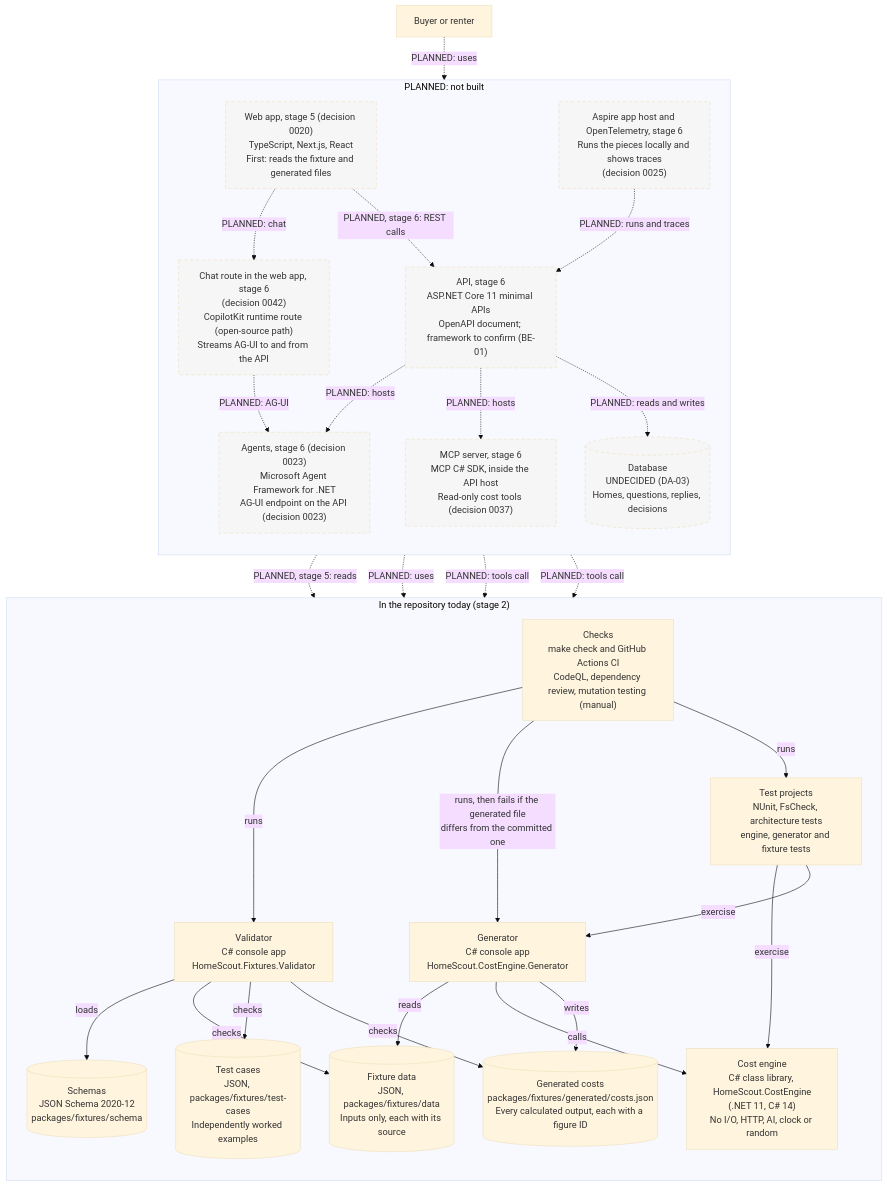
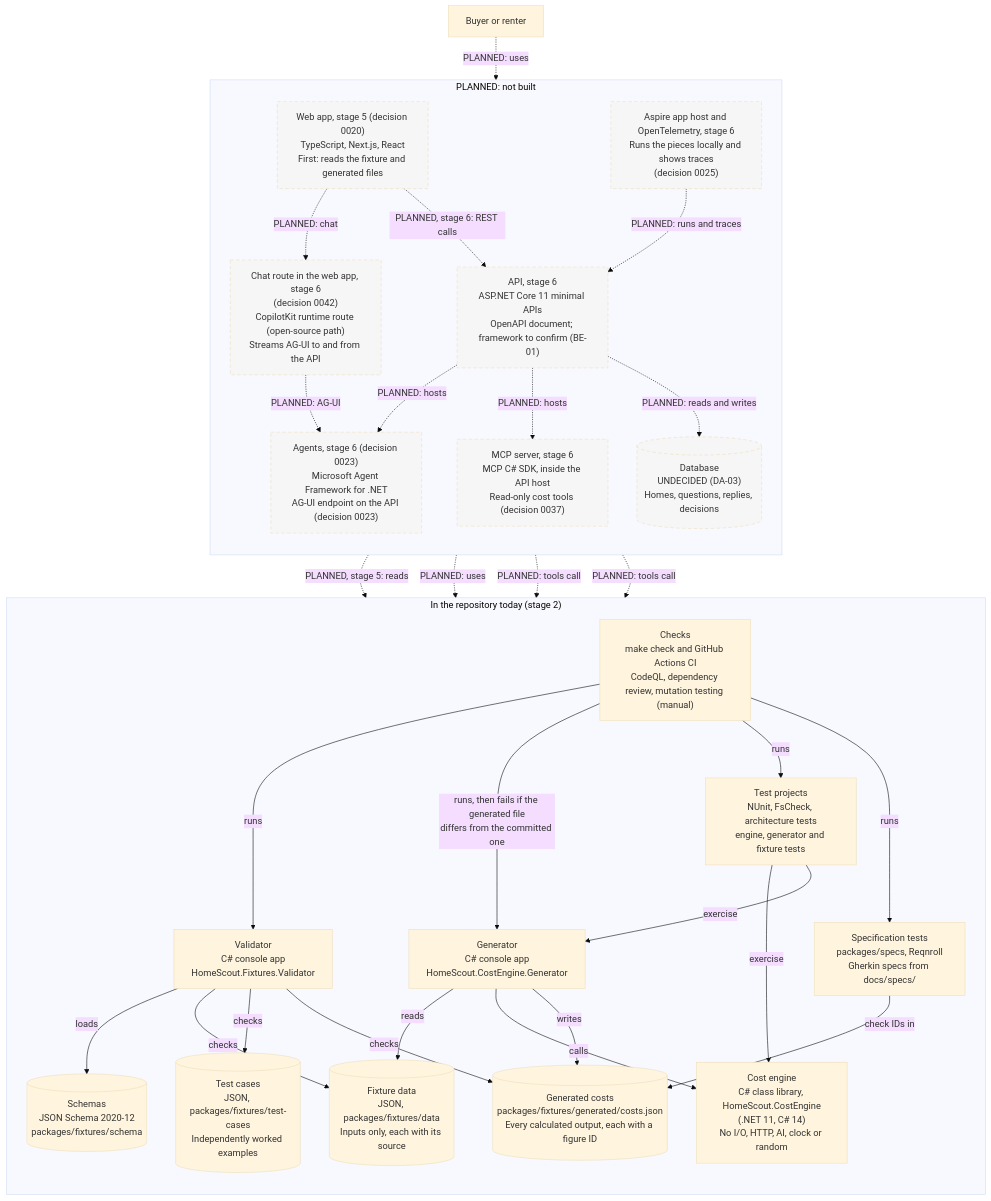
The second of 2 diagrams in docs/architecture/README.md (olaheavy-dev/homescout-platform), drawn with Mermaid (base theme) before and after one commit. The commit also changed other lines of this file and 16 other files, not shown here.

First line of the commit message:
chore: run the Gherkin specs with Reqnroll; data steps check every cited ID (closes #121) (#144)

````diff
--- a/docs/architecture/README.md
+++ b/docs/architecture/README.md
@@ -47,57 +47,60 @@
 ```mermaid
 flowchart TB
     user["Buyer or renter"]
 
     subgraph today["In the repository today (stage 2)"]
         direction TB
         data[("Fixture data<br/>JSON, packages/fixtures/data<br/>Inputs only, each with its source")]
         schema[("Schemas<br/>JSON Schema 2020-12<br/>packages/fixtures/schema")]
         cases[("Test cases<br/>JSON, packages/fixtures/test-cases<br/>Independently worked examples")]
         engine["Cost engine<br/>C# class library, HomeScout.CostEngine<br/>(.NET 11, C# 14)<br/>No I/O, HTTP, AI, clock or random"]
         generator["Generator<br/>C# console app<br/>HomeScout.CostEngine.Generator"]
         generated[("Generated costs<br/>packages/fixtures/generated/costs.json<br/>Every calculated output, each with a figure ID")]
         validator["Validator<br/>C# console app<br/>HomeScout.Fixtures.Validator"]
         tests["Test projects<br/>NUnit, FsCheck, architecture tests<br/>engine, generator and fixture tests"]
+        specs["Specification tests<br/>packages/specs, Reqnroll<br/>Gherkin specs from docs/specs/"]
         ci["Checks<br/>make check and GitHub Actions CI<br/>CodeQL, dependency review, mutation testing (manual)"]
     end
 
     subgraph later["PLANNED: not built"]
         direction TB
         web["Web app, stage 5 (decision 0020)<br/>TypeScript, Next.js, React<br/>First: reads the fixture and generated files"]
         api["API, stage 6<br/>ASP.NET Core 11 minimal APIs<br/>OpenAPI document; framework to confirm (BE-01)"]
         mcp["MCP server, stage 6<br/>MCP C# SDK, inside the API host<br/>Read-only cost tools (decision 0037)"]
         agents["Agents, stage 6 (decision 0023)<br/>Microsoft Agent Framework for .NET<br/>AG-UI endpoint on the API (decision 0023)"]
         copilot["Chat route in the web app, stage 6<br/>(decision 0042)<br/>CopilotKit runtime route (open-source path)<br/>Streams AG-UI to and from the API"]
         aspire["Aspire app host and OpenTelemetry, stage 6<br/>Runs the pieces locally and shows traces<br/>(decision 0025)"]
         db[("Database<br/>UNDECIDED (DA-03)<br/>Homes, questions, replies, decisions")]
     end
 
     generator -->|reads| data
     generator -->|calls| engine
     generator -->|writes| generated
     validator -->|loads| schema
     validator -->|checks| data
     validator -->|checks| cases
     validator -->|checks| generated
     tests -->|exercise| engine
     tests -->|exercise| generator
+    specs -->|check IDs in| generated
     ci -->|runs| validator
     ci -->|"runs, then fails if the generated file<br/>differs from the committed one"| generator
     ci -->|runs| tests
+    ci -->|runs| specs
 
     user -.->|"PLANNED: uses"| web
     web -.->|"PLANNED, stage 5: reads"| generated
     web -.->|"PLANNED, stage 6: REST calls"| api
     web -.->|"PLANNED: chat"| copilot
     copilot -.->|"PLANNED: AG-UI"| agents
     api -.->|"PLANNED: uses"| engine
     api -.->|"PLANNED: hosts"| mcp
     api -.->|"PLANNED: hosts"| agents
     agents -.->|"PLANNED: tools call"| engine
     mcp -.->|"PLANNED: tools call"| engine
     api -.->|"PLANNED: reads and writes"| db
     aspire -.->|"PLANNED: runs and traces"| api
 
     classDef planned stroke-dasharray: 6 4,fill:#f6f6f6,color:#333
     class web,api,mcp,agents,copilot,aspire,db planned
 ```
````
